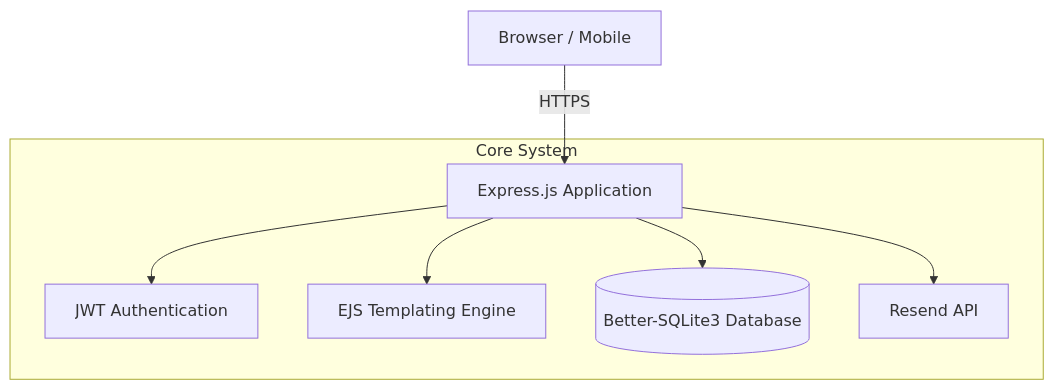
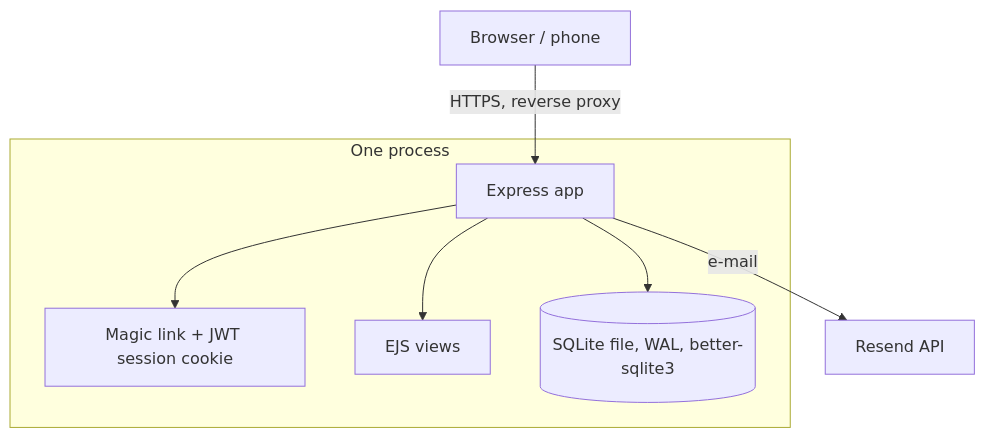
The first of 2 diagrams in README.md (prod-explore/climbing-booking), drawn with Mermaid before and after one commit. The commit also changed other lines of this file and 2 other files, not shown here.

First line of the commit message:
docs: README with a one-minute quick start, a screenshot, and claims checked against the code

````diff
--- a/README.md
+++ b/README.md
@@ -22,11 +22,11 @@
 ```mermaid
 graph TD
-    Client[Browser / Mobile] -->|HTTPS| Node[Express.js Application]
-    
-    subgraph Core System
-        Node --> Auth[JWT Authentication]
-        Node --> Views[EJS Templating Engine]
-        Node --> DB[(Better-SQLite3 Database)]
-        Node --> Email[Resend API]
+    Client[Browser / phone] -->|HTTPS, reverse proxy| Node[Express app]
+
+    subgraph One process
+        Node --> Auth[Magic link + JWT session cookie]
+        Node --> Views[EJS views]
+        Node --> DB[(SQLite file, WAL, better-sqlite3)]
     end
+    Node -->|e-mail| Email[Resend API]
 ```
````
